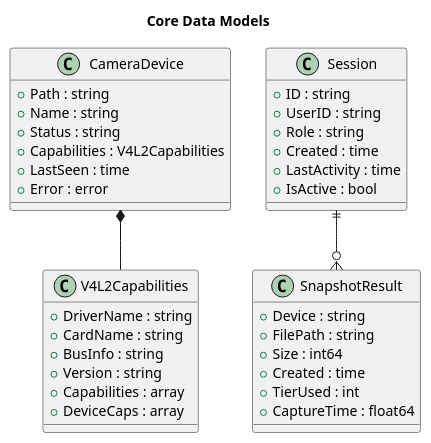
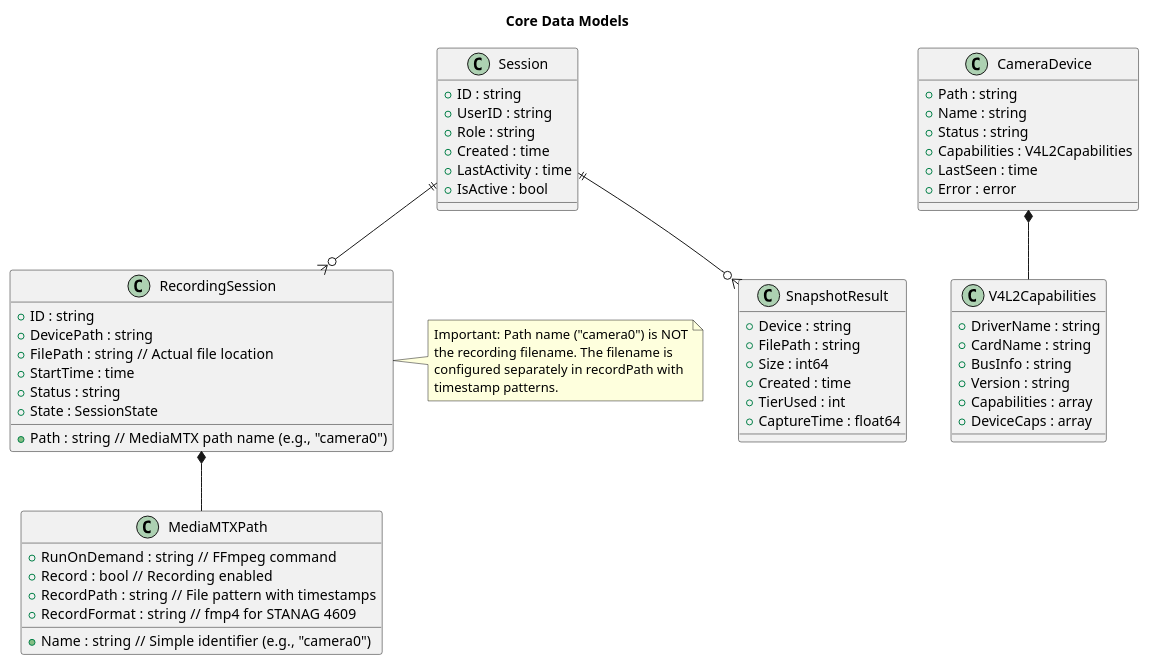
One commit to CarlosSprekelsen/CameraRecorder changed diagram 19 of 24 in mediamtx-camera-service-go/docs/architecture/go-architecture-guide.md. Above: the diagram before and after it, drawn with PlantUML. The commit also changed other lines of this file, not shown here.

````diff
--- a/mediamtx-camera-service-go/docs/architecture/go-architecture-guide.md
+++ b/mediamtx-camera-service-go/docs/architecture/go-architecture-guide.md
@@ -407,45 +880,72 @@
 ```plantuml
 @startuml DataModels
 title Core Data Models
 
 class CameraDevice {
     +Path : string
     +Name : string
     +Status : string
     +Capabilities : V4L2Capabilities
     +LastSeen : time
     +Error : error
 }
 
 class V4L2Capabilities {
     +DriverName : string
     +CardName : string
     +BusInfo : string
     +Version : string
     +Capabilities : array
     +DeviceCaps : array
 }
 
 class Session {
     +ID : string
     +UserID : string
     +Role : string
     +Created : time
     +LastActivity : time
     +IsActive : bool
 }
 
 class SnapshotResult {
     +Device : string
     +FilePath : string
     +Size : int64
     +Created : time
     +TierUsed : int
     +CaptureTime : float64
 }
 
+class RecordingSession {
+    +ID : string
+    +DevicePath : string
+    +Path : string  // MediaMTX path name (e.g., "camera0")
+    +FilePath : string  // Actual file location
+    +StartTime : time
+    +Status : string
+    +State : SessionState
+}
+
+class MediaMTXPath {
+    +Name : string  // Simple identifier (e.g., "camera0")
+    +RunOnDemand : string  // FFmpeg command
+    +Record : bool  // Recording enabled
+    +RecordPath : string  // File pattern with timestamps
+    +RecordFormat : string  // fmp4 for STANAG 4609
+}
+
 CameraDevice *-- V4L2Capabilities
 Session ||--o{ SnapshotResult
+Session ||--o{ RecordingSession
+RecordingSession *-- MediaMTXPath
+
+note right of RecordingSession
+Important: Path name ("camera0") is NOT
+the recording filename. The filename is
+configured separately in recordPath with
+timestamp patterns.
+end note
 
 @enduml
 ```
````
